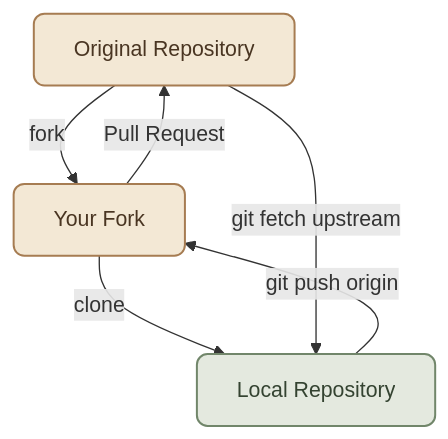
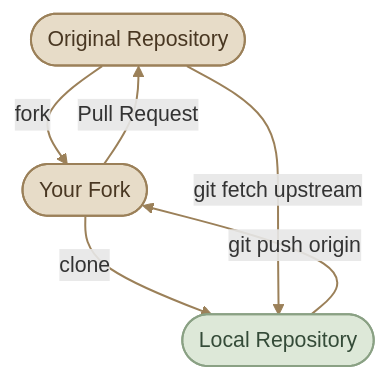
The third of 3 diagrams in content/version-control/Git and GitHub/remote-repositories.mdx (mustafammasoud/ops-handbook), drawn with Mermaid before and after one commit. The commit also changed other lines of this file and 17 other files, not shown here.

````diff
--- a/content/version-control/Git and GitHub/remote-repositories.mdx
+++ b/content/version-control/Git and GitHub/remote-repositories.mdx
@@ -518,14 +523,16 @@
 ```mermaid id="r1k7nd"
 flowchart TD
-    ORIGINAL["Original Repository"] -->|"fork"| FORK["Your Fork"]
-    FORK -->|"clone"| LOCAL["Local Repository"]
+    ORIGINAL(["Original Repository"]) -->|"fork"| FORK(["Your Fork"])
+    FORK -->|"clone"| LOCAL(["Local Repository"])
     ORIGINAL -->|"git fetch upstream"| LOCAL
     LOCAL -->|"git push origin"| FORK
     FORK -->|"Pull Request"| ORIGINAL
 
-    classDef repository fill:#f3e8d5,stroke:#a67c52,color:#493522,stroke-width:1.5px,rx:8,ry:8
-    classDef local fill:#e4e9df,stroke:#71866a,color:#344331,stroke-width:1.5px,rx:8,ry:8
+    classDef repository fill:#E7DCC8,stroke:#9B8059,color:#493722,stroke-width:1.5px
+    classDef local fill:#DDE8D8,stroke:#8AA184,color:#344B38,stroke-width:1.5px
 
     class ORIGINAL,FORK repository
     class LOCAL local
+
+    linkStyle default stroke:#9B8059,stroke-width:1.5px
 ```
````
